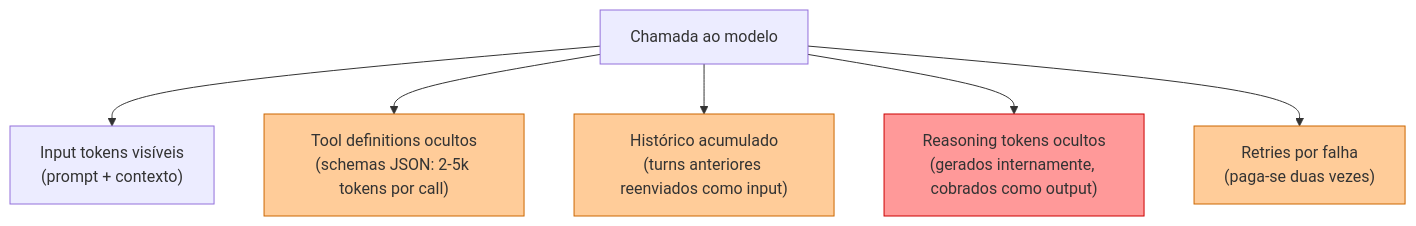
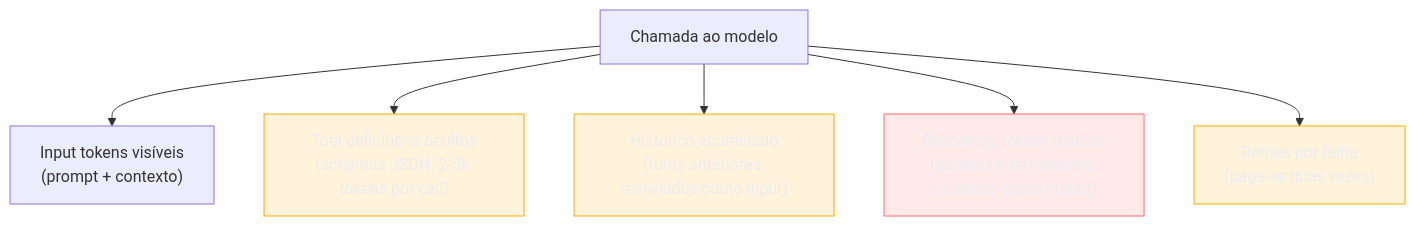
One commit to josenaldo/codex-technomanticus changed the third of 3 diagrams in 03-Dominios/Tecnologia/IA/Anatomia dos LLMs/12 - Pricing de APIs — como calcular custos.md. Above: the diagram before and after it, drawn with Mermaid. The commit also changed other lines of this file and 1181 other files, not shown here.

First line of the commit message:
fix(diagramas): paleta do sistema no lugar de cor cravada no markdown

````diff
--- a/03-Dominios/Tecnologia/IA/Anatomia dos LLMs/12 - Pricing de APIs — como calcular custos.md
+++ b/03-Dominios/Tecnologia/IA/Anatomia dos LLMs/12 - Pricing de APIs — como calcular custos.md
@@ -122,12 +124,14 @@
 ```mermaid
 graph TD
+    classDef destaque fill:#FFAA0024,stroke:#FFAA00,color:#E9ECF2
+    classDef falha fill:#FF6B6B24,stroke:#FF6B6B,color:#E9ECF2
     A["Chamada ao modelo"] --> B["Input tokens visíveis\n(prompt + contexto)"]
     A --> C["Tool definitions ocultos\n(schemas JSON: 2-5k tokens por call)"]
     A --> D["Histórico acumulado\n(turns anteriores reenviados como input)"]
     A --> E["Reasoning tokens ocultos\n(gerados internamente, cobrados como output)"]
     A --> F["Retries por falha\n(paga-se duas vezes)"]
-    style C fill:#ffcc99,stroke:#cc6600
-    style D fill:#ffcc99,stroke:#cc6600
-    style E fill:#ff9999,stroke:#cc0000
-    style F fill:#ffcc99,stroke:#cc6600
+    class C destaque
+    class D destaque
+    class E falha
+    class F destaque
 ```
````
